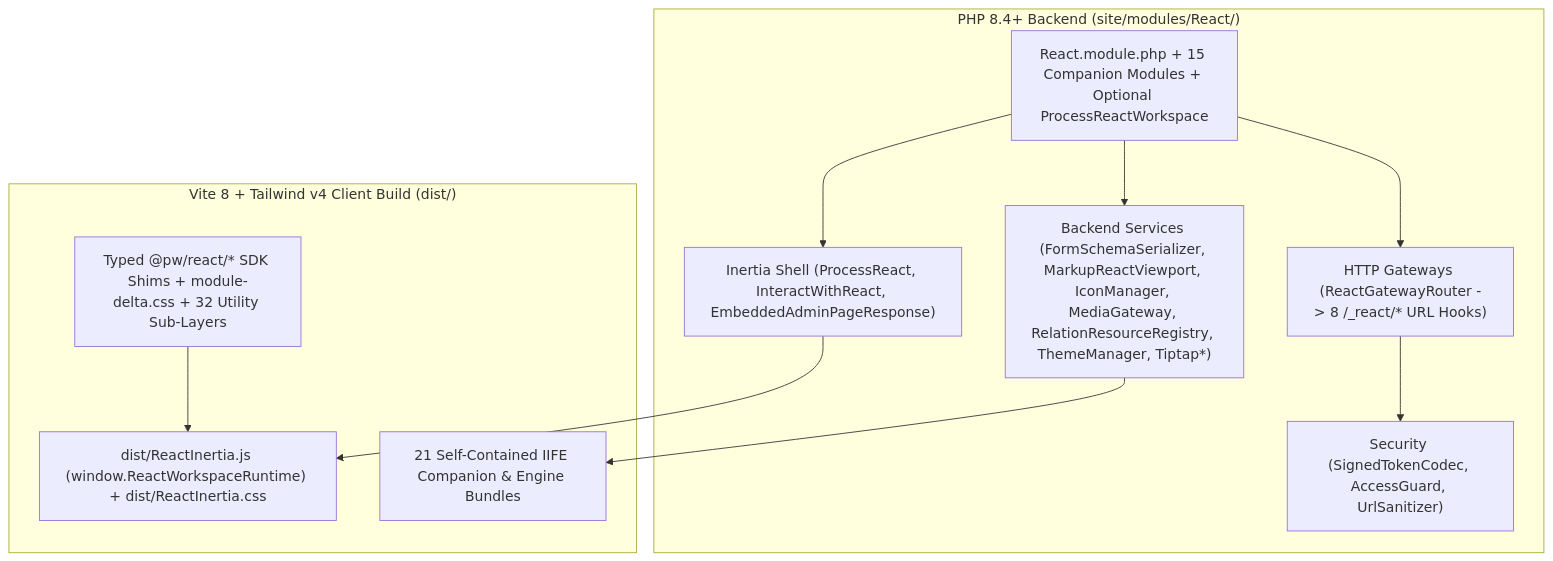
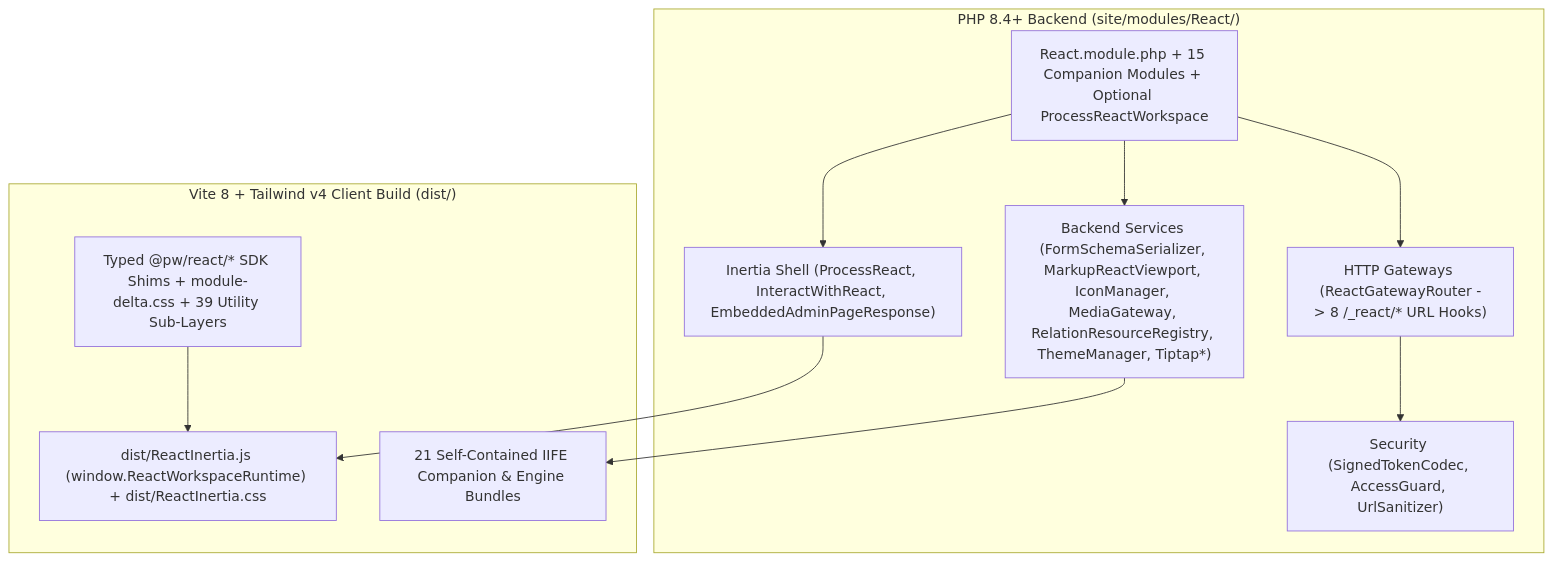
Before and after one commit to trk/React: the second of 3 diagrams in docs/01-architecture.md, drawn with Mermaid. The commit also changed other lines of this file and 10 other files, not shown here.

Commit message:
docs: synchronize module reference docs, architecture guides, and Boost skill

````diff
--- a/docs/01-architecture.md
+++ b/docs/01-architecture.md
@@ -163,24 +163,24 @@
 ```mermaid
 flowchart TD
     subgraph PHP["PHP 8.4+ Backend (site/modules/React/)"]
         MOD["React.module.php + 15 Companion Modules + Optional ProcessReactWorkspace"]
         SHELL["Inertia Shell (ProcessReact, InteractWithReact, EmbeddedAdminPageResponse)"]
         GW["HTTP Gateways (ReactGatewayRouter -> 8 /_react/* URL Hooks)"]
         SEC["Security (SignedTokenCodec, AccessGuard, UrlSanitizer)"]
         ENG["Backend Services (FormSchemaSerializer, MarkupReactViewport, IconManager, MediaGateway, RelationResourceRegistry, ThemeManager, Tiptap*)"]
     end
 
     subgraph BUILD["Vite 8 + Tailwind v4 Client Build (dist/)"]
         COREJS["dist/ReactInertia.js (window.ReactWorkspaceRuntime) + dist/ReactInertia.css"]
         SUBJS["21 Self-Contained IIFE Companion & Engine Bundles"]
-        SDK["Typed @pw/react/* SDK Shims + module-delta.css + 32 Utility Sub-Layers"]
+        SDK["Typed @pw/react/* SDK Shims + module-delta.css + 39 Utility Sub-Layers"]
     end
 
     MOD --> SHELL
     MOD --> GW
     GW --> SEC
     MOD --> ENG
     SHELL --> COREJS
     ENG --> SUBJS
     SDK --> COREJS
 ```
````
